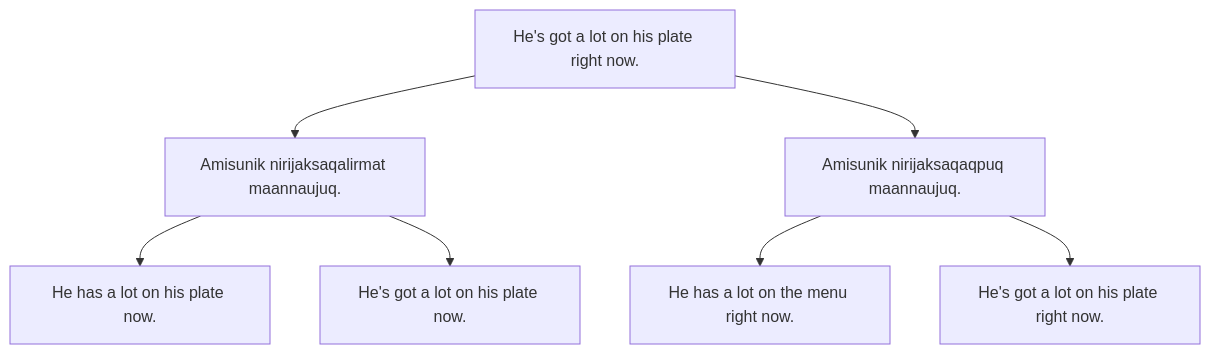
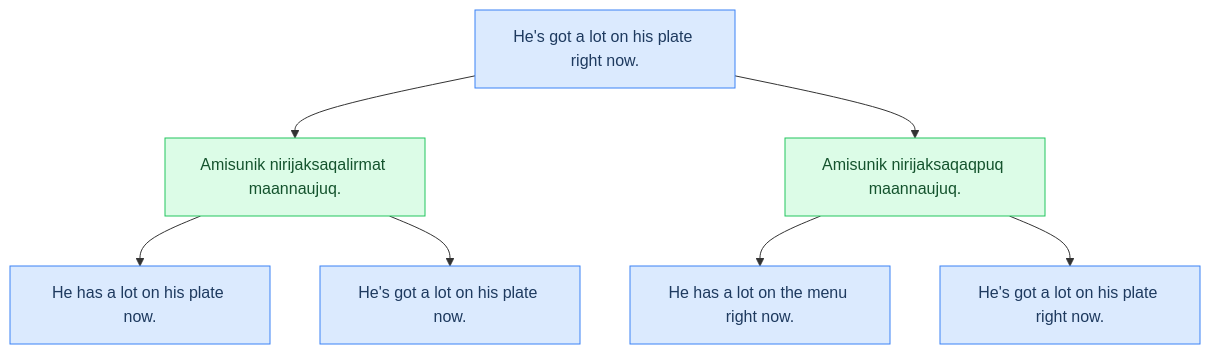
Before and after one commit to michaelpginn/rl-translation-cycles: the first of 2 diagrams in README.md, drawn with Mermaid. The commit also changed other lines of this file, not shown here.

Commit message:
Add colors

````diff
--- a/README.md
+++ b/README.md
@@ -7,9 +7,13 @@
 ```mermaid
 flowchart TD
   A[He's got a lot on his plate right now.] --> B[Amisunik nirijaksaqalirmat maannaujuq.]
   A --> C[Amisunik nirijaksaqaqpuq maannaujuq.]
   B --> D[He has a lot on his plate now.]
   B --> E[He's got a lot on his plate now.]
   C --> F[He has a lot on the menu right now.]
   C --> G[He's got a lot on his plate right now.]
+  classDef english fill:#dbeafe,stroke:#3b82f6,color:#1e3a5f
+  classDef inuktut fill:#dcfce7,stroke:#22c55e,color:#14532d
+  class A,D,E,F,G english
+  class B,C inuktut
 ```
````
